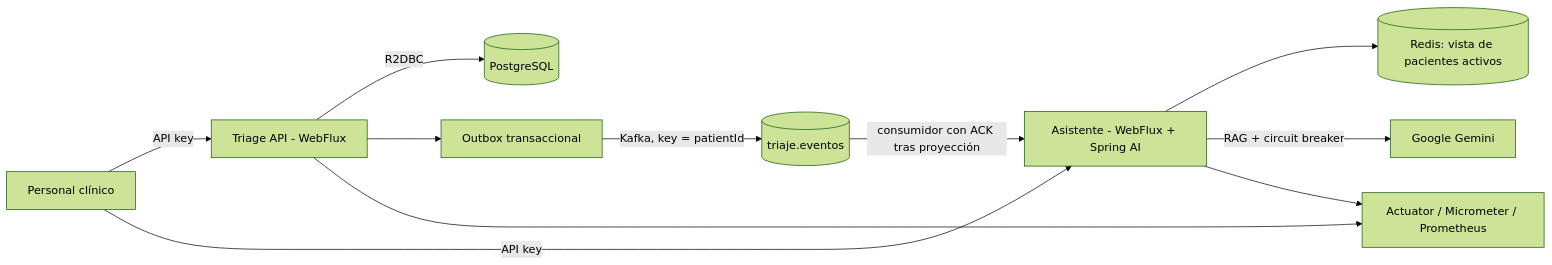
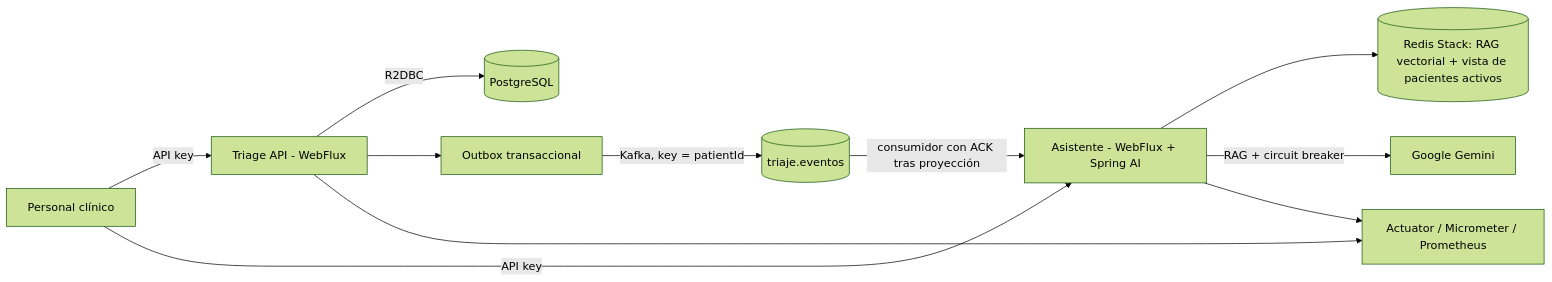
The diagram in README.md (zayro/prueba_ceiba_senior), drawn with Mermaid (forest theme) before and after one commit. The commit also changed other lines of this file and 4 other files, not shown here.

First line of the commit message:
docs(deploy): documentar Redis vectorial y su configuración

````diff
--- a/README.md
+++ b/README.md
@@ -12,13 +12,13 @@
 ```mermaid
 flowchart LR
     Clinician[Personal clínico] -->|API key| Triage[Triage API - WebFlux]
     Clinician -->|API key| Assistant[Asistente - WebFlux + Spring AI]
     Triage -->|R2DBC| PG[(PostgreSQL)]
     Triage --> Outbox[Outbox transaccional]
     Outbox -->|Kafka, key = patientId| Kafka[(triaje.eventos)]
     Kafka -->|consumidor con ACK tras proyección| Assistant
-    Assistant --> Redis[(Redis: vista de pacientes activos)]
+    Assistant --> Redis[(Redis Stack: RAG vectorial + vista de pacientes activos)]
     Assistant -->|RAG + circuit breaker| Gemini[Google Gemini]
     Triage --> Metrics[Actuator / Micrometer / Prometheus]
     Assistant --> Metrics
 ```
````
